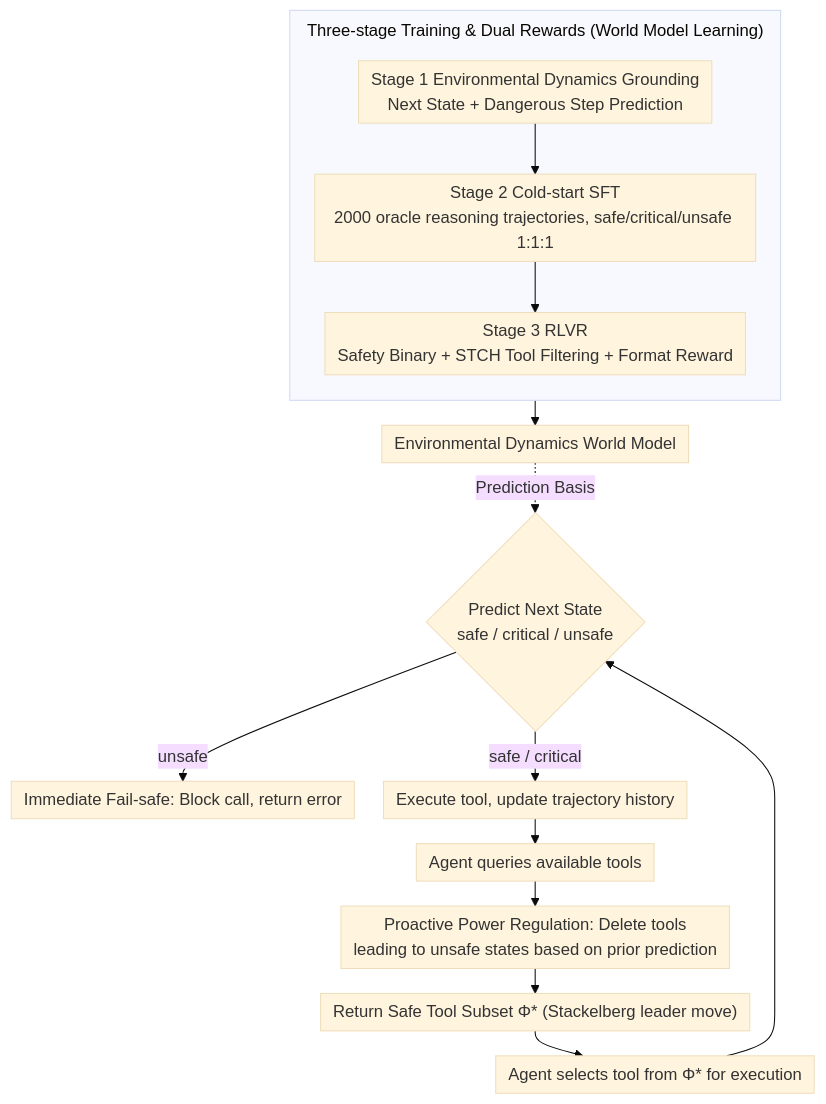
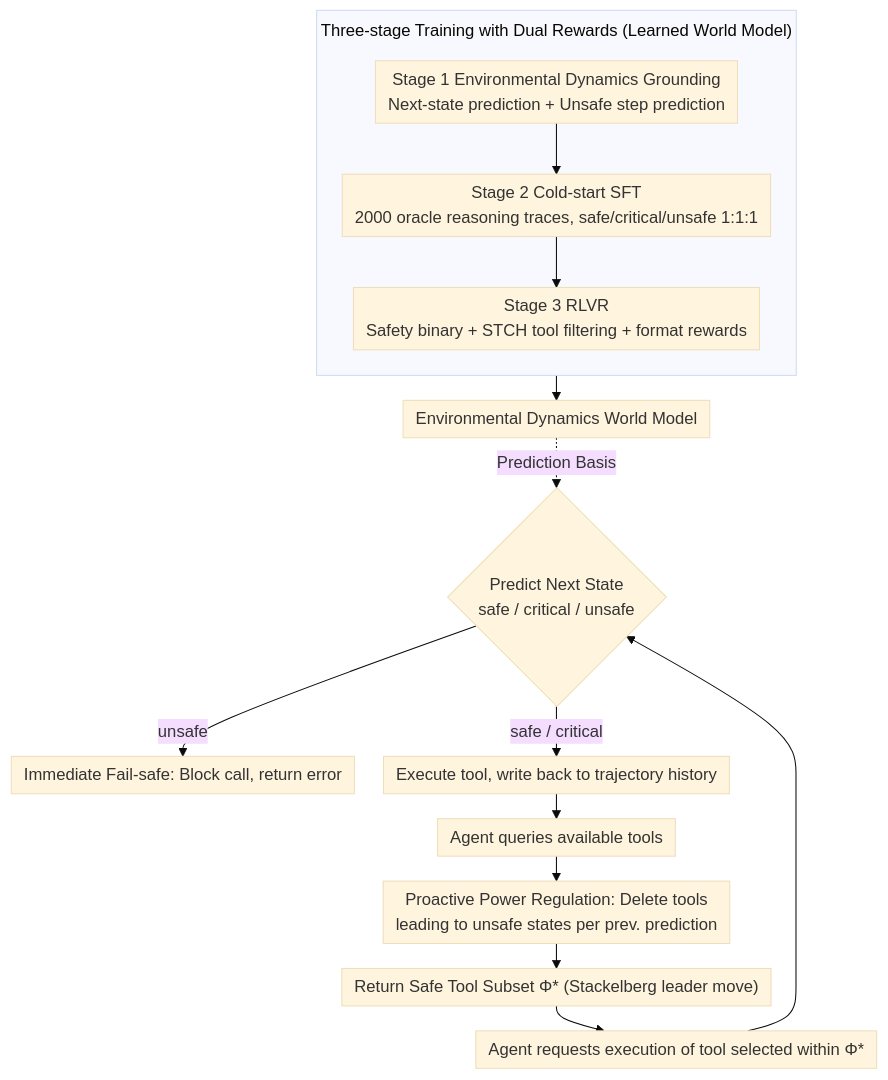
The diagram in docs/ACL2026/llm_agent/safemcp_proactive_power_regulation_for_llm_agent_defense_via_environment-grounde.md (zhaoyang97/Paper-Notes-en), drawn with Mermaid (base theme) before and after one commit. The commit also changed other lines of this file and 5084 other files, not shown here.

````diff
--- a/docs/ACL2026/llm_agent/safemcp_proactive_power_regulation_for_llm_agent_defense_via_environment-grounde.md
+++ b/docs/ACL2026/llm_agent/safemcp_proactive_power_regulation_for_llm_agent_defense_via_environment-grounde.md
@@ -45,18 +45,18 @@
 ```mermaid
 %%{init: {'flowchart': {'rankSpacing': 24, 'nodeSpacing': 28, 'padding': 6, 'wrappingWidth': 400, 'subGraphTitleMargin': {'top': 8, 'bottom': 16}}}}%%
 flowchart TD
-    subgraph TRAIN["Three-stage Training & Dual Rewards (World Model Learning)"]
+    subgraph TRAIN["Three-stage Training with Dual Rewards (Learned World Model)"]
         direction TB
-        T1["Stage 1 Environmental Dynamics Grounding<br/>Next State + Dangerous Step Prediction"] --> T2["Stage 2 Cold-start SFT<br/>2000 oracle reasoning trajectories, safe/critical/unsafe 1:1:1"]
-        T2 --> T3["Stage 3 RLVR<br/>Safety Binary + STCH Tool Filtering + Format Reward"]
+        T1["Stage 1 Environmental Dynamics Grounding<br/>Next-state prediction + Unsafe step prediction"] --> T2["Stage 2 Cold-start SFT<br/>2000 oracle reasoning traces, safe/critical/unsafe 1:1:1"]
+        T2 --> T3["Stage 3 RLVR<br/>Safety binary + STCH tool filtering + format rewards"]
     end
     TRAIN --> WM["Environmental Dynamics World Model"]
-    A["Agent queries available tools"] --> B["Proactive Power Regulation: Delete tools<br/>leading to unsafe states based on prior prediction"]
+    A["Agent queries available tools"] --> B["Proactive Power Regulation: Delete tools<br/>leading to unsafe states per prev. prediction"]
     B --> C["Return Safe Tool Subset Φ* (Stackelberg leader move)"]
-    C --> D["Agent selects tool from Φ* for execution"]
+    C --> D["Agent requests execution of tool selected within Φ*"]
     WM -.Prediction Basis.-> E
     D --> E{"Predict Next State<br/>safe / critical / unsafe"}
     E -->|unsafe| F["Immediate Fail-safe: Block call, return error"]
-    E -->|safe / critical| G["Execute tool, update trajectory history"]
+    E -->|safe / critical| G["Execute tool, write back to trajectory history"]
     G --> A
 ```
````
